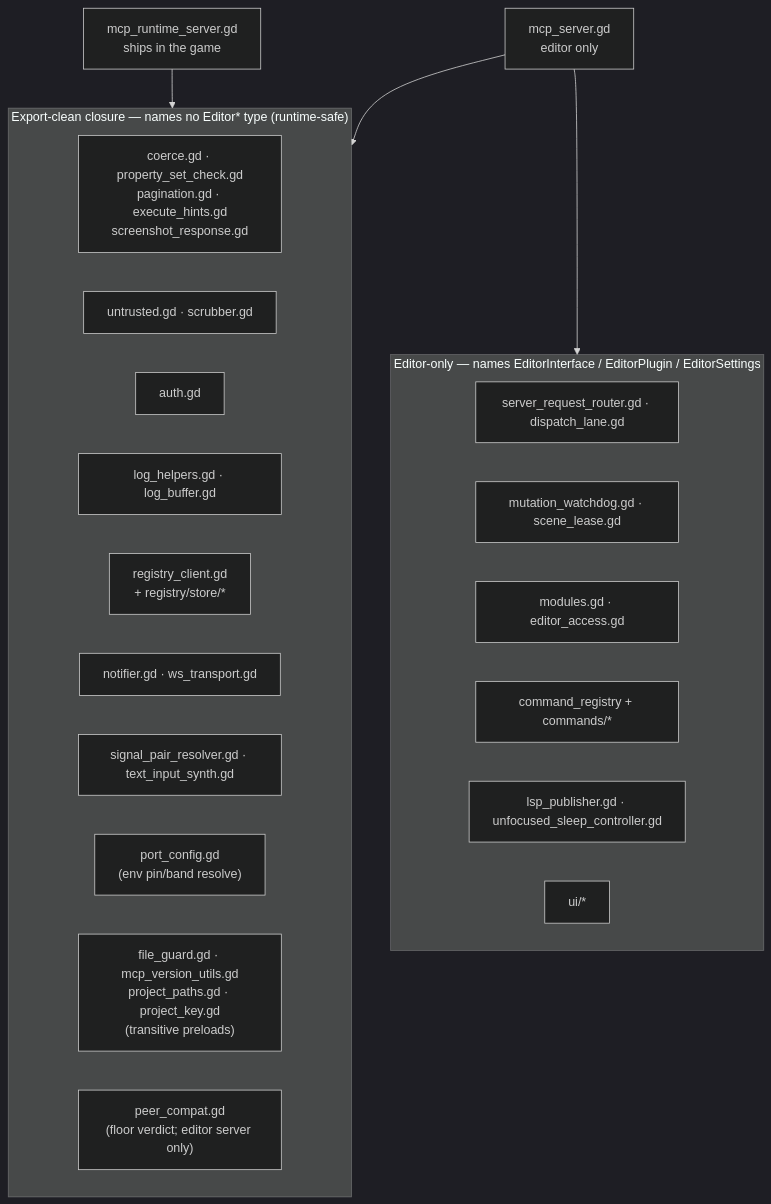
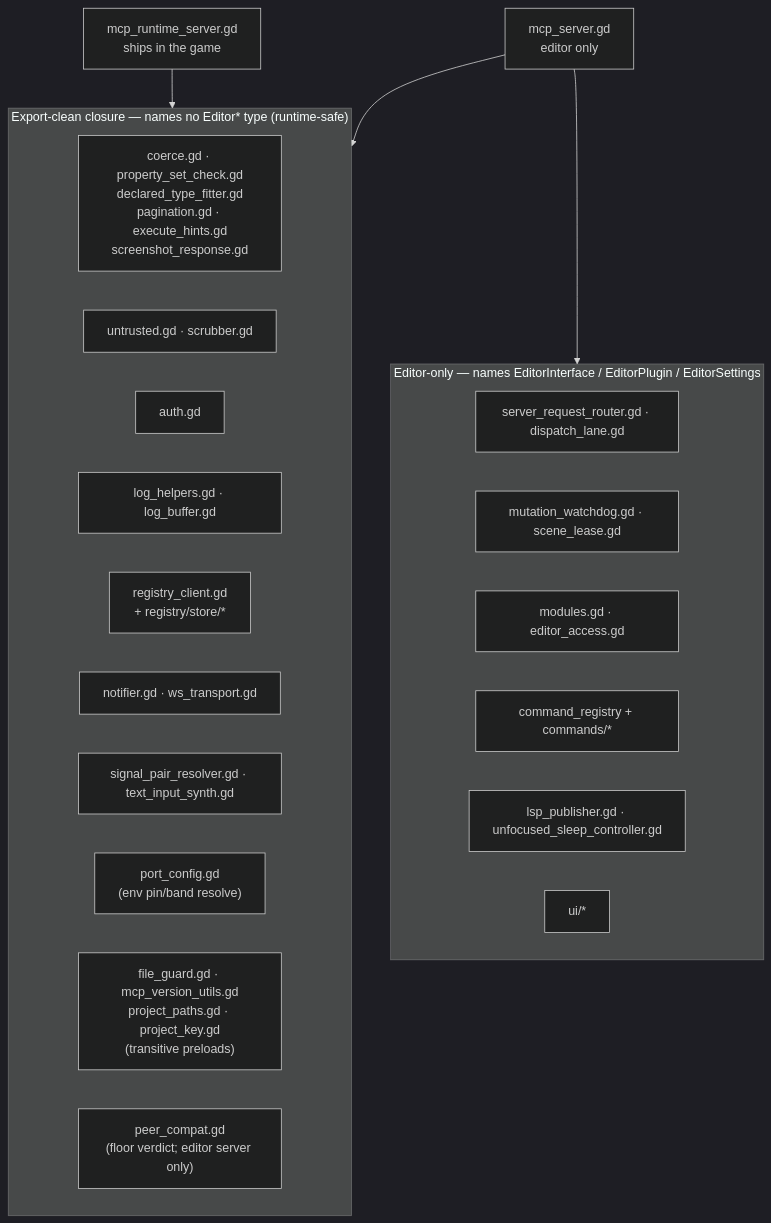
The second of 13 diagrams in docs/architecture/README.md (NPGameDev/godot-mcp-toolkit), drawn with Mermaid (dark theme) before and after one commit. The commit also changed other lines of this file and 1 other file, not shown here.

First line of the commit message:
docs(architecture): re-attest the sections the declared-type fit touches

````diff
--- a/docs/architecture/README.md
+++ b/docs/architecture/README.md
@@ -147,30 +147,30 @@
 ```mermaid
 flowchart TB
     ModeB["mcp_runtime_server.gd<br/>ships in the game"]
     ModeA["mcp_server.gd<br/>editor only"]
     subgraph clean["Export-clean closure — names no Editor* type (runtime-safe)"]
       direction LR
-      C1["coerce.gd · property_set_check.gd<br/>pagination.gd · execute_hints.gd<br/>screenshot_response.gd"]
+      C1["coerce.gd · property_set_check.gd<br/>declared_type_fitter.gd<br/>pagination.gd · execute_hints.gd<br/>screenshot_response.gd"]
       C2["untrusted.gd · scrubber.gd"]
       C3["auth.gd"]
       C4["log_helpers.gd · log_buffer.gd"]
       C5["registry_client.gd<br/>+ registry/store/*"]
       C6["notifier.gd · ws_transport.gd"]
       C7["signal_pair_resolver.gd · text_input_synth.gd"]
       C8["port_config.gd<br/>(env pin/band resolve)"]
       C9["file_guard.gd · mcp_version_utils.gd<br/>project_paths.gd · project_key.gd<br/>(transitive preloads)"]
       C10["peer_compat.gd<br/>(floor verdict; editor server only)"]
     end
     subgraph tainted["Editor-only — names EditorInterface / EditorPlugin / EditorSettings"]
       direction LR
       D1["server_request_router.gd · dispatch_lane.gd"]
       D2["mutation_watchdog.gd · scene_lease.gd"]
       D3["modules.gd · editor_access.gd"]
       D4["command_registry + commands/*"]
       D5["lsp_publisher.gd · unfocused_sleep_controller.gd"]
       D6["ui/*"]
     end
     ModeB --> clean
     ModeA --> clean
     ModeA --> tainted
 ```
````
